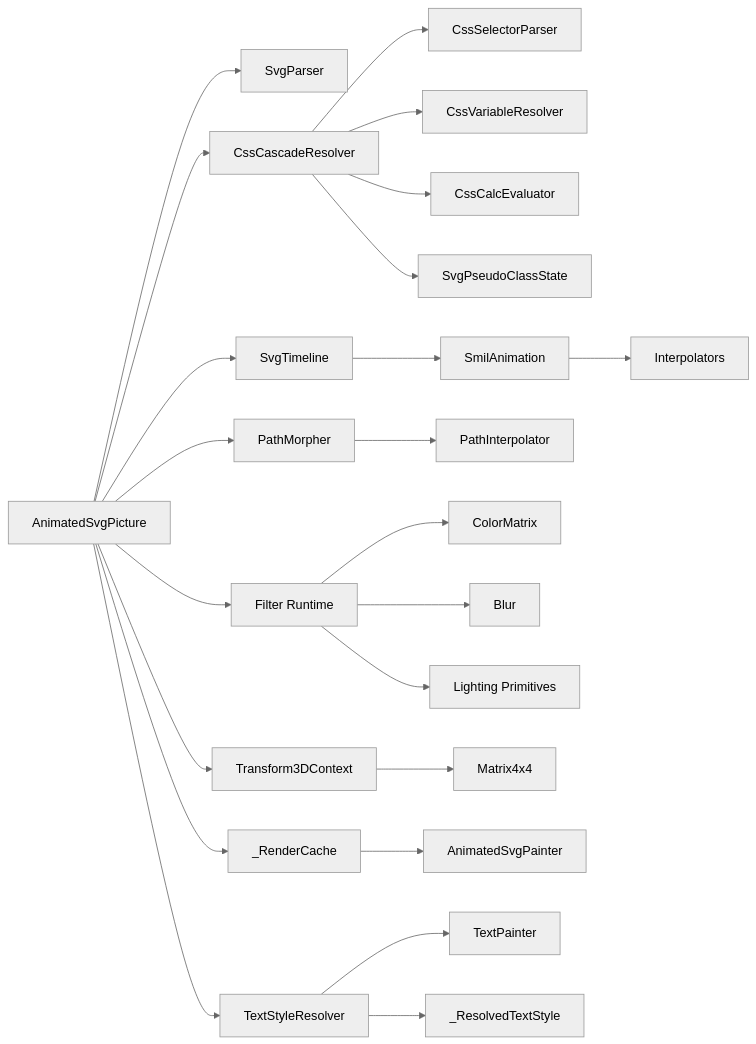
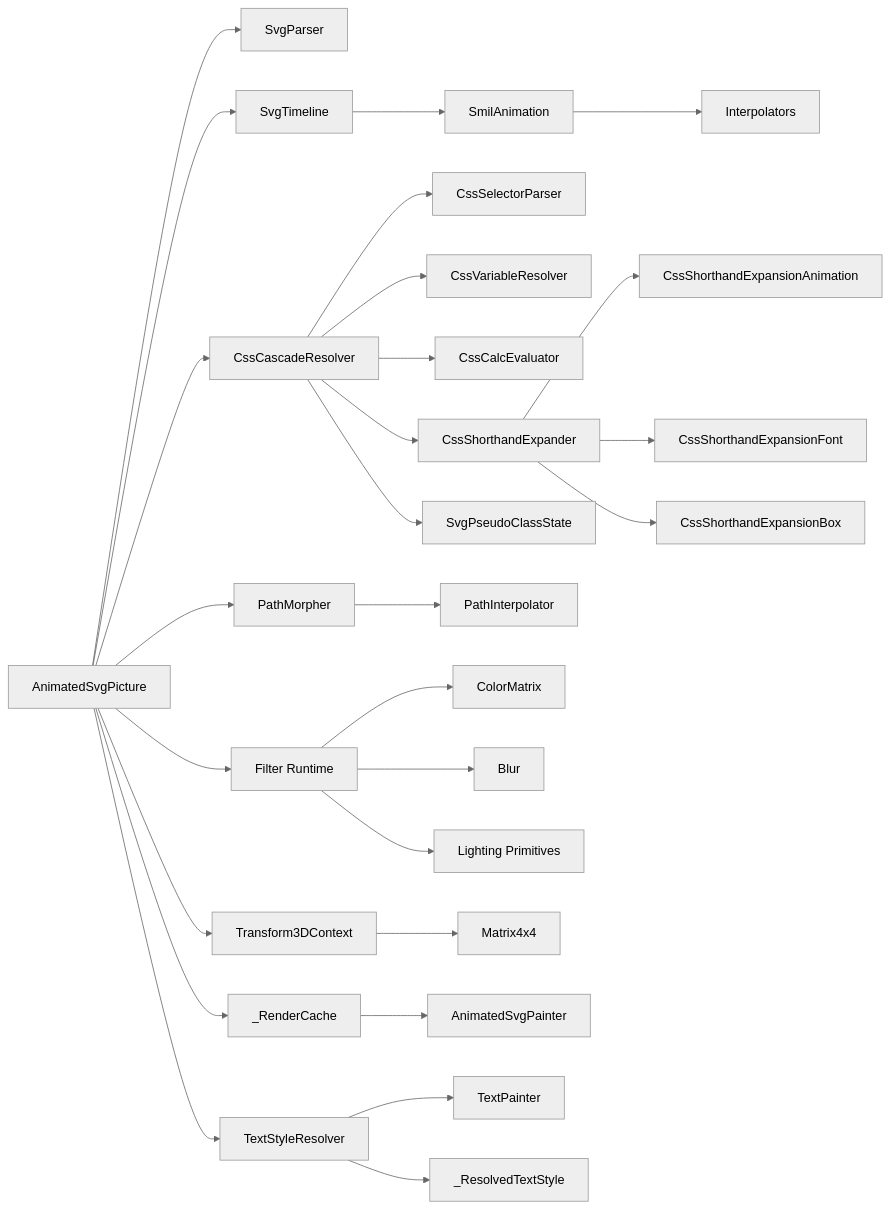
Diagram 17 of 17 in .qoder/repowiki/en/content/Animated SVG Support/Advanced Animation Features/Advanced Animation Features.md (denisnadey/flutter_full_svg_support), drawn with Mermaid (neutral theme) before and after one commit. The commit also changed other lines of this file and 18 other files, not shown here.

````diff
--- a/.qoder/repowiki/en/content/Animated SVG Support/Advanced Animation Features/Advanced Animation Features.md
+++ b/.qoder/repowiki/en/content/Animated SVG Support/Advanced Animation Features/Advanced Animation Features.md
@@ -1061,25 +1172,29 @@
 ```mermaid
 graph LR
 Picture["AnimatedSvgPicture"] --> Parser["SvgParser"]
 Picture --> Timeline["SvgTimeline"]
 Picture --> CssCascade["CssCascadeResolver"]
 CssCascade --> CssSelectors["CssSelectorParser"]
 CssCascade --> CssVars["CssVariableResolver"]
 CssCascade --> CssCalc["CssCalcEvaluator"]
+CssCascade --> ShorthandExpander["CssShorthandExpander"]
+ShorthandExpander --> AnimationExpander["CssShorthandExpansionAnimation"]
+ShorthandExpander --> FontExpander["CssShorthandExpansionFont"]
+ShorthandExpander --> BoxExpander["CssShorthandExpansionBox"]
 CssCascade --> PseudoState["SvgPseudoClassState"]
 Timeline --> Anim["SmilAnimation"]
 Anim --> Interp["Interpolators"]
 Picture --> Morph["PathMorpher"]
 Morph --> InterpPath["PathInterpolator"]
 Picture --> Filters["Filter Runtime"]
 Filters --> CM["ColorMatrix"]
 Filters --> Blur["Blur"]
 Filters --> Light["Lighting Primitives"]
 Picture --> Transform3D["Transform3DContext"]
 Transform3D --> Matrix4x4["Matrix4x4"]
 Picture --> RenderCache["_RenderCache"]
 RenderCache --> Painter["AnimatedSvgPainter"]
 Picture --> TextStyle["TextStyleResolver"]
 TextStyle --> TextPaint["TextPainter"]
 TextStyle --> ResolvedStyle["_ResolvedTextStyle"]
 ```
````
